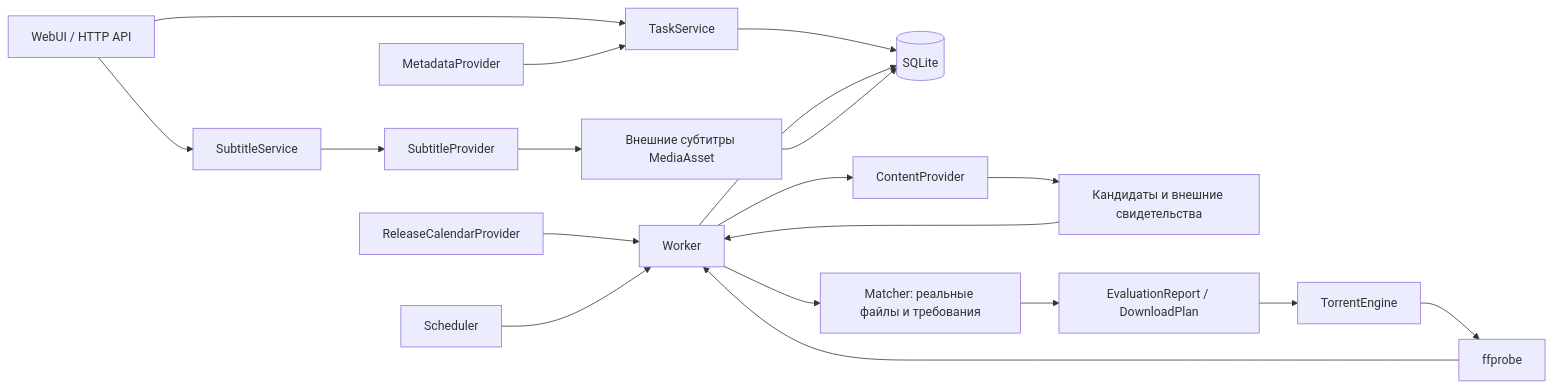
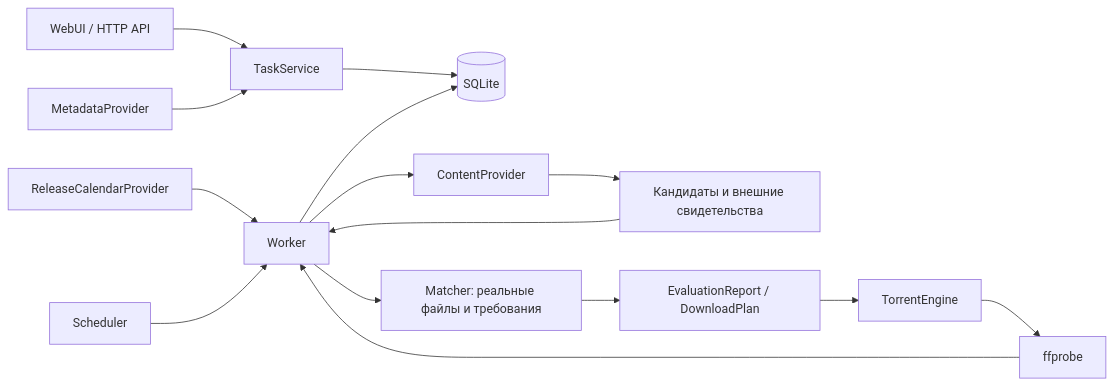
Before and after one commit to Drun555/Lazarr: the first of 2 diagrams in docs/architecture.md, drawn with Mermaid. The commit also changed other lines of this file and 41 other files, not shown here.

````diff
--- a/docs/architecture.md
+++ b/docs/architecture.md
@@ -5,21 +5,17 @@
 ```mermaid
 flowchart LR
     UI[WebUI / HTTP API] --> Tasks[TaskService]
-    UI --> Subtitles[SubtitleService]
     Tasks --> DB[(SQLite)]
     Metadata[MetadataProvider] --> Tasks
     Calendar[ReleaseCalendarProvider] --> Worker
     Scheduler --> Worker
     Worker --> CP[ContentProvider]
     CP --> Candidates[Кандидаты и внешние свидетельства]
     Candidates --> Worker
     Worker --> Matcher[Matcher: реальные файлы и требования]
     Matcher --> Report[EvaluationReport / DownloadPlan]
     Report --> Engine[TorrentEngine]
     Engine --> Probe[ffprobe]
     Probe --> Worker
     Worker --> DB
-    Subtitles --> SP[SubtitleProvider]
-    SP --> Assets[Внешние субтитры MediaAsset]
-    Assets --> DB
 ```
````
